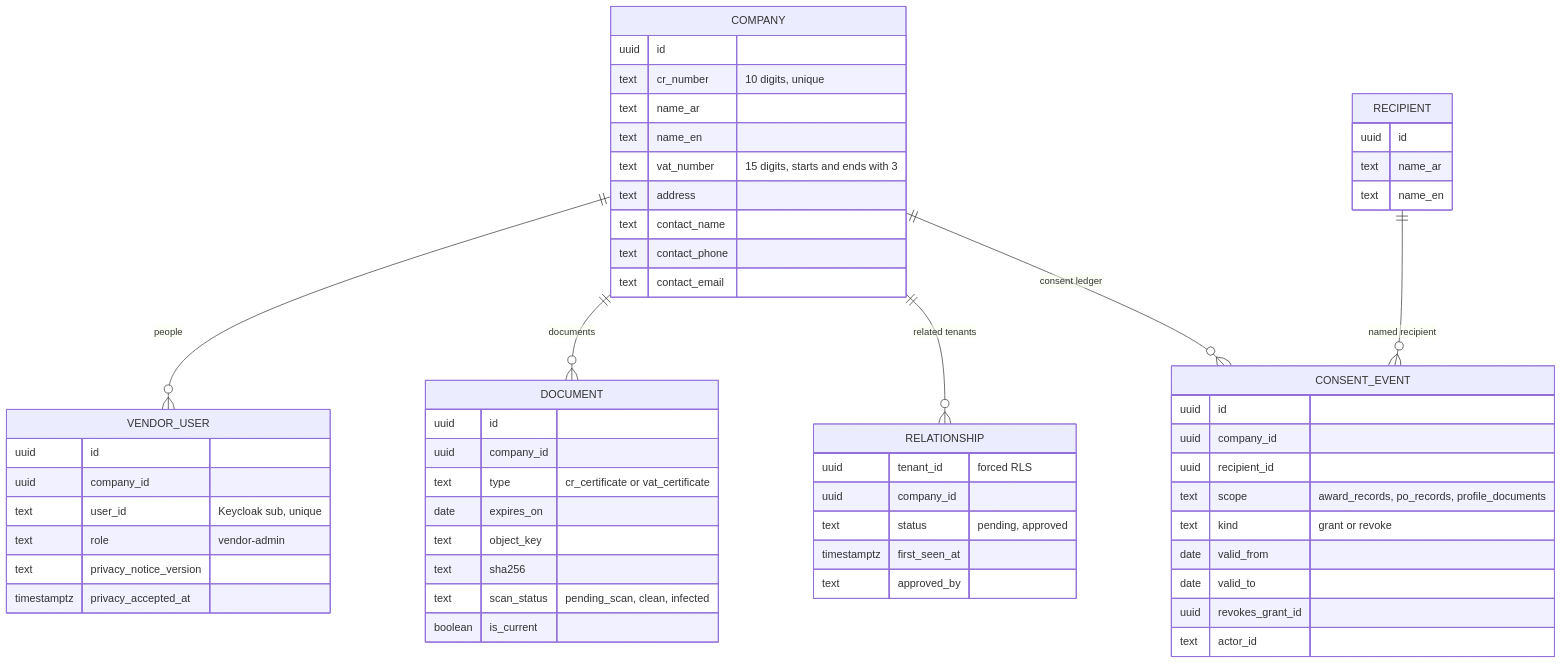
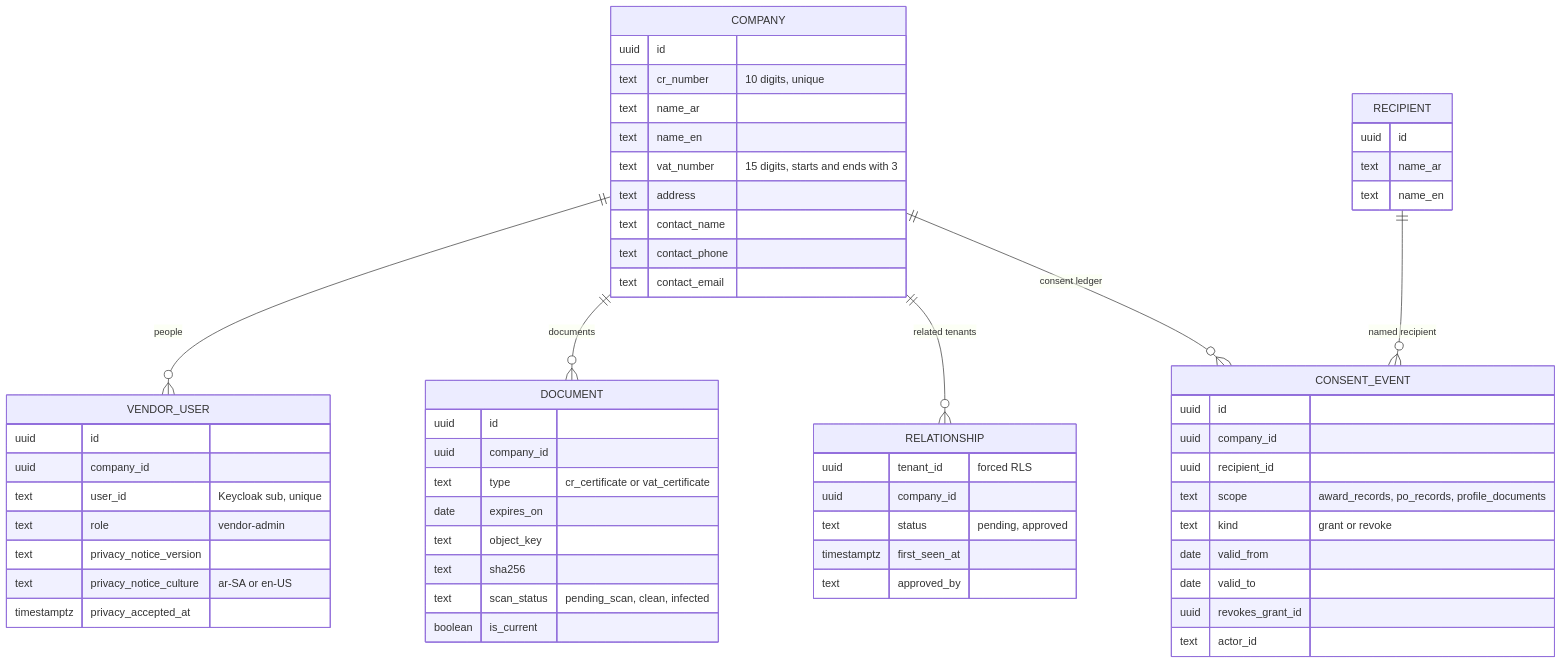
One commit to AhmedAssaf/ERP changed the diagram in docs/superpowers/specs/2026-09-27-vendors-design.md. Above: the diagram before and after it, drawn with Mermaid. The commit also changed other lines of this file and 31 other files, not shown here.

Commit message:
Vendor registration fixes: staff policies refuse vendor holders, resumable registration, private duplicate audit, pinned privacy notice

````diff
--- a/docs/superpowers/specs/2026-09-27-vendors-design.md
+++ b/docs/superpowers/specs/2026-09-27-vendors-design.md
@@ -29,60 +29,61 @@
 ```mermaid
 erDiagram
     COMPANY ||--o{ VENDOR_USER : "people"
     COMPANY ||--o{ DOCUMENT : "documents"
     COMPANY ||--o{ RELATIONSHIP : "related tenants"
     COMPANY ||--o{ CONSENT_EVENT : "consent ledger"
     RECIPIENT ||--o{ CONSENT_EVENT : "named recipient"
     COMPANY {
         uuid id
         text cr_number "10 digits, unique"
         text name_ar
         text name_en
         text vat_number "15 digits, starts and ends with 3"
         text address
         text contact_name
         text contact_phone
         text contact_email
     }
     VENDOR_USER {
         uuid id
         uuid company_id
         text user_id "Keycloak sub, unique"
         text role "vendor-admin"
         text privacy_notice_version
+        text privacy_notice_culture "ar-SA or en-US"
         timestamptz privacy_accepted_at
     }
     DOCUMENT {
         uuid id
         uuid company_id
         text type "cr_certificate or vat_certificate"
         date expires_on
         text object_key
         text sha256
         text scan_status "pending_scan, clean, infected"
         boolean is_current
     }
     RELATIONSHIP {
         uuid tenant_id "forced RLS"
         uuid company_id
         text status "pending, approved"
         timestamptz first_seen_at
         text approved_by
     }
     RECIPIENT {
         uuid id
         text name_ar
         text name_en
     }
     CONSENT_EVENT {
         uuid id
         uuid company_id
         uuid recipient_id
         text scope "award_records, po_records, profile_documents"
         text kind "grant or revoke"
         date valid_from
         date valid_to
         uuid revokes_grant_id
         text actor_id
     }
 ```
````
